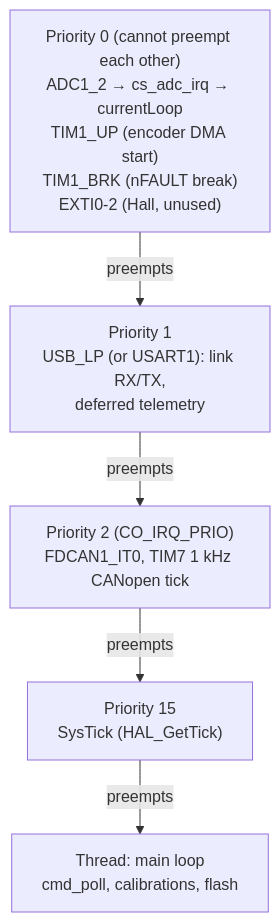
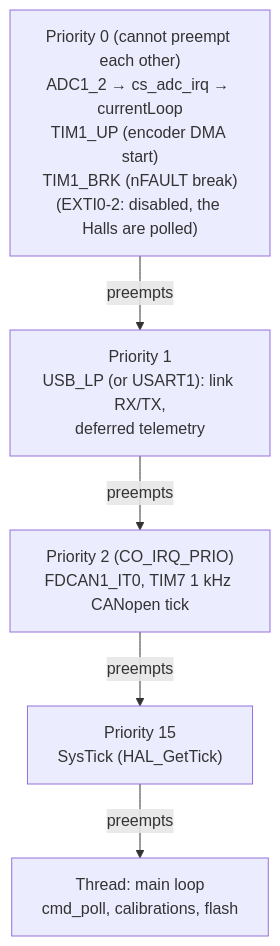
One commit to alanhpereira/fluxdrive-g4 changed diagram 15 of 15 in docs/software-structure.md. Above: the diagram before and after it, drawn with Mermaid. The commit also changed other lines of this file and 4 other files, not shown here.

````diff
--- a/docs/software-structure.md
+++ b/docs/software-structure.md
@@ -520,10 +534,10 @@
 ```mermaid
 flowchart TB
-    P0["Priority 0 (cannot preempt each other)<br/>ADC1_2 → cs_adc_irq → currentLoop<br/>TIM1_UP (encoder DMA start)<br/>TIM1_BRK (nFAULT break)<br/>EXTI0-2 (Hall, unused)"]
+    P0["Priority 0 (cannot preempt each other)<br/>ADC1_2 → cs_adc_irq → currentLoop<br/>TIM1_UP (encoder DMA start)<br/>TIM1_BRK (nFAULT break)<br/>(EXTI0-2: disabled, the Halls are polled)"]
     P1["Priority 1<br/>USB_LP (or USART1): link RX/TX,<br/>deferred telemetry"]
     P2["Priority 2 (CO_IRQ_PRIO)<br/>FDCAN1_IT0, TIM7 1 kHz CANopen tick"]
     P15["Priority 15<br/>SysTick (HAL_GetTick)"]
     TH["Thread: main loop<br/>cmd_poll, calibrations, flash"]
 
     P0 -->|preempts| P1 -->|preempts| P2 -->|preempts| P15 -->|preempts| TH
 ```
````
